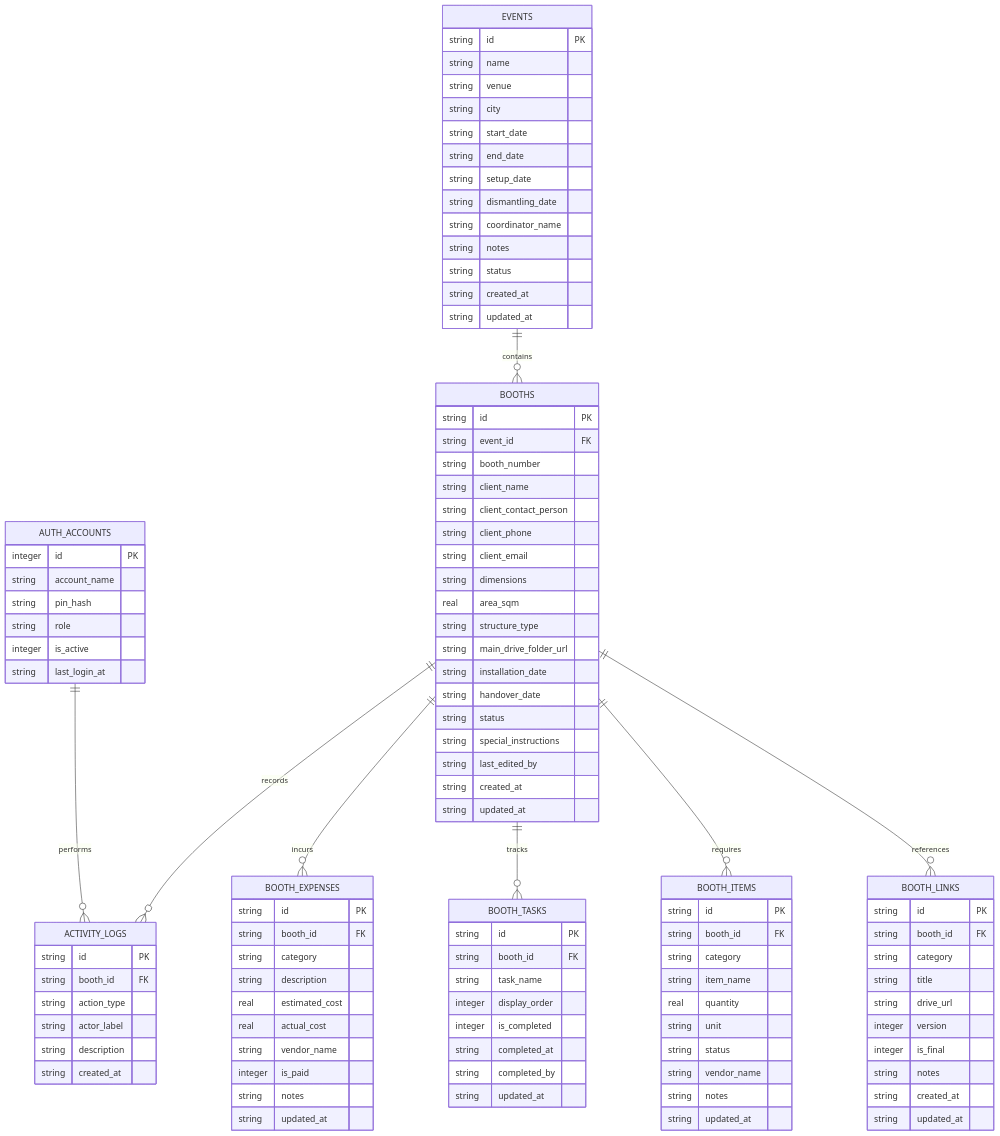
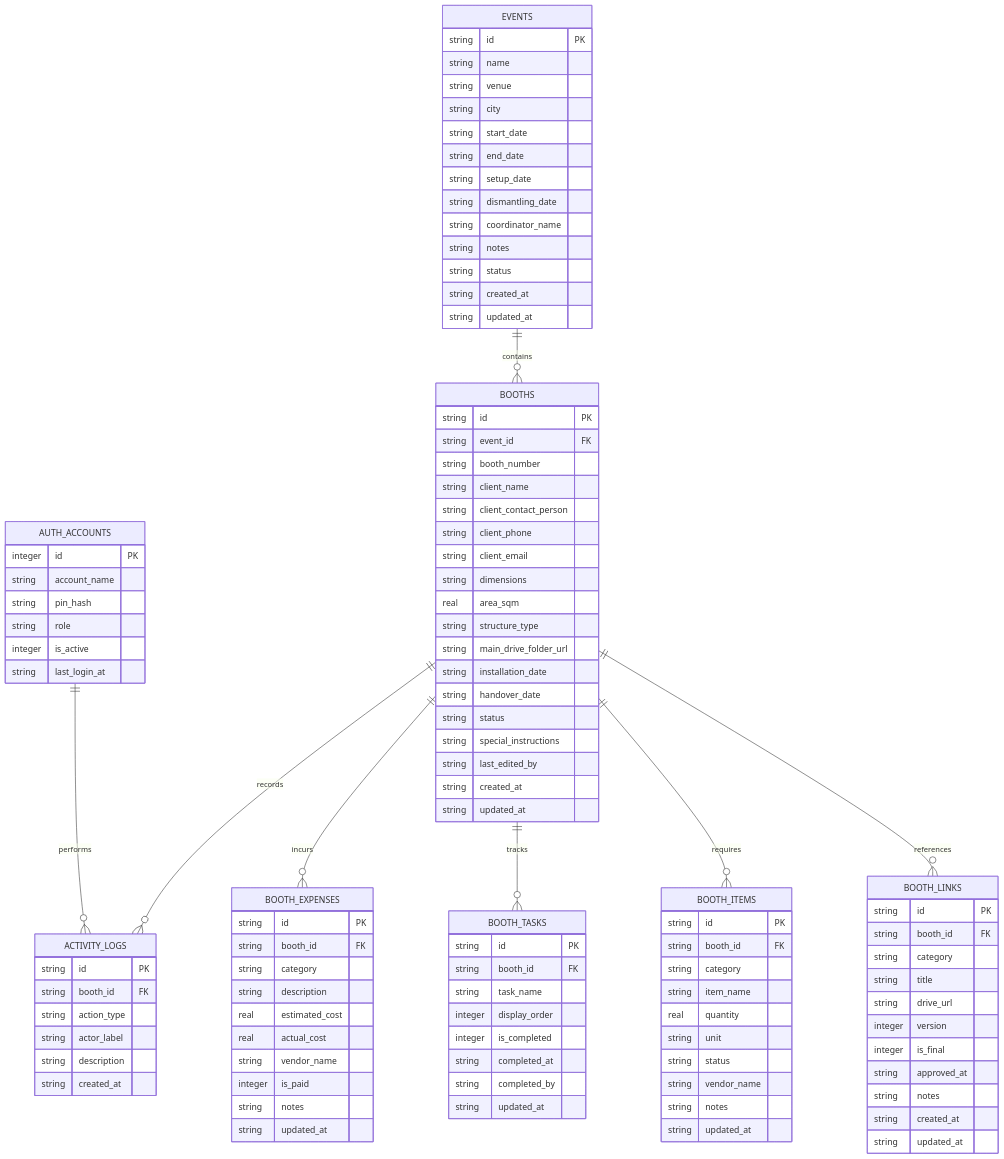
One commit to mrpgraphix64-dot/stalls changed the diagram in INTERNAL_MANAGEMENT_SYSTEM_PLAN.md. Above: the diagram before and after it, drawn with Mermaid. The commit also changed other lines of this file, not shown here.

Commit message:
Lock and freeze V1 specification: One-time installer setup lock, SQLite online backup API, approved_at timestamp, and URL invalidation safety rule

```diff
--- a/INTERNAL_MANAGEMENT_SYSTEM_PLAN.md
+++ b/INTERNAL_MANAGEMENT_SYSTEM_PLAN.md
@@ -137,6 +139,7 @@
         string drive_url
         integer version
         integer is_final
+        string approved_at
         string notes
         string created_at
         string updated_at
```
